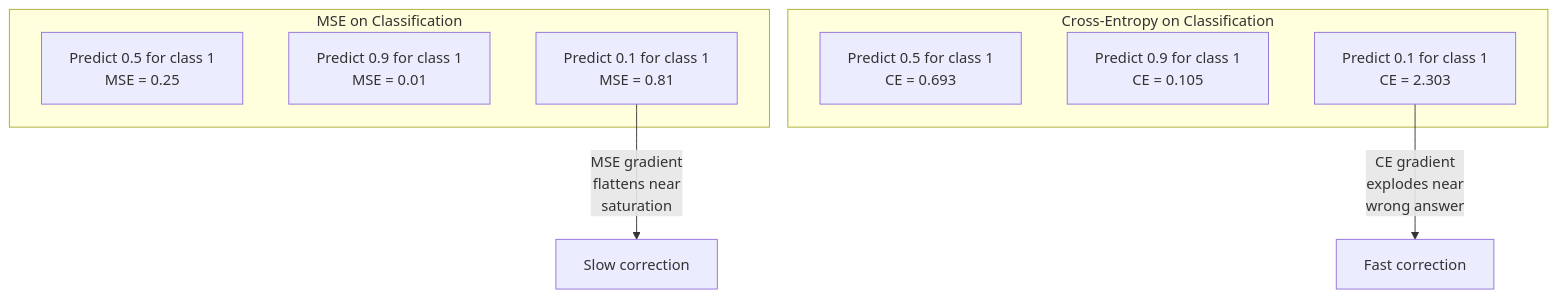
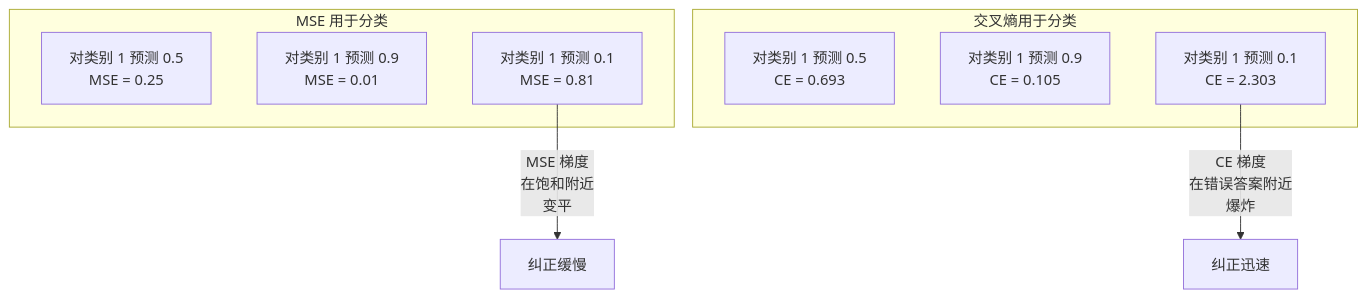
The first of 3 diagrams in phases/03-deep-learning-core/05-loss-functions/docs/zh.md (JerryC8080/ai-engineering-from-scratch-zh), drawn with Mermaid before and after one commit. The commit also changed other lines of this file and 156 other files, not shown here.

First line of the commit message:
i18n(zh): translate mermaid diagram labels in 157 lesson zh.md

````diff
--- a/phases/03-deep-learning-core/05-loss-functions/docs/zh.md
+++ b/phases/03-deep-learning-core/05-loss-functions/docs/zh.md
@@ -85,15 +85,15 @@
 ```mermaid
 graph TD
-    subgraph "MSE on Classification"
-        P1["Predict 0.5 for class 1<br/>MSE = 0.25"]
-        P2["Predict 0.9 for class 1<br/>MSE = 0.01"]
-        P3["Predict 0.1 for class 1<br/>MSE = 0.81"]
+    subgraph "MSE 用于分类"
+        P1["对类别 1 预测 0.5<br/>MSE = 0.25"]
+        P2["对类别 1 预测 0.9<br/>MSE = 0.01"]
+        P3["对类别 1 预测 0.1<br/>MSE = 0.81"]
     end
-    subgraph "Cross-Entropy on Classification"
-        C1["Predict 0.5 for class 1<br/>CE = 0.693"]
-        C2["Predict 0.9 for class 1<br/>CE = 0.105"]
-        C3["Predict 0.1 for class 1<br/>CE = 2.303"]
+    subgraph "交叉熵用于分类"
+        C1["对类别 1 预测 0.5<br/>CE = 0.693"]
+        C2["对类别 1 预测 0.9<br/>CE = 0.105"]
+        C3["对类别 1 预测 0.1<br/>CE = 2.303"]
     end
-    P3 -->|"MSE gradient<br/>flattens near<br/>saturation"| Slow["Slow correction"]
-    C3 -->|"CE gradient<br/>explodes near<br/>wrong answer"| Fast["Fast correction"]
+    P3 -->|"MSE 梯度<br/>在饱和附近<br/>变平"| Slow["纠正缓慢"]
+    C3 -->|"CE 梯度<br/>在错误答案附近<br/>爆炸"| Fast["纠正迅速"]
 ```
````
